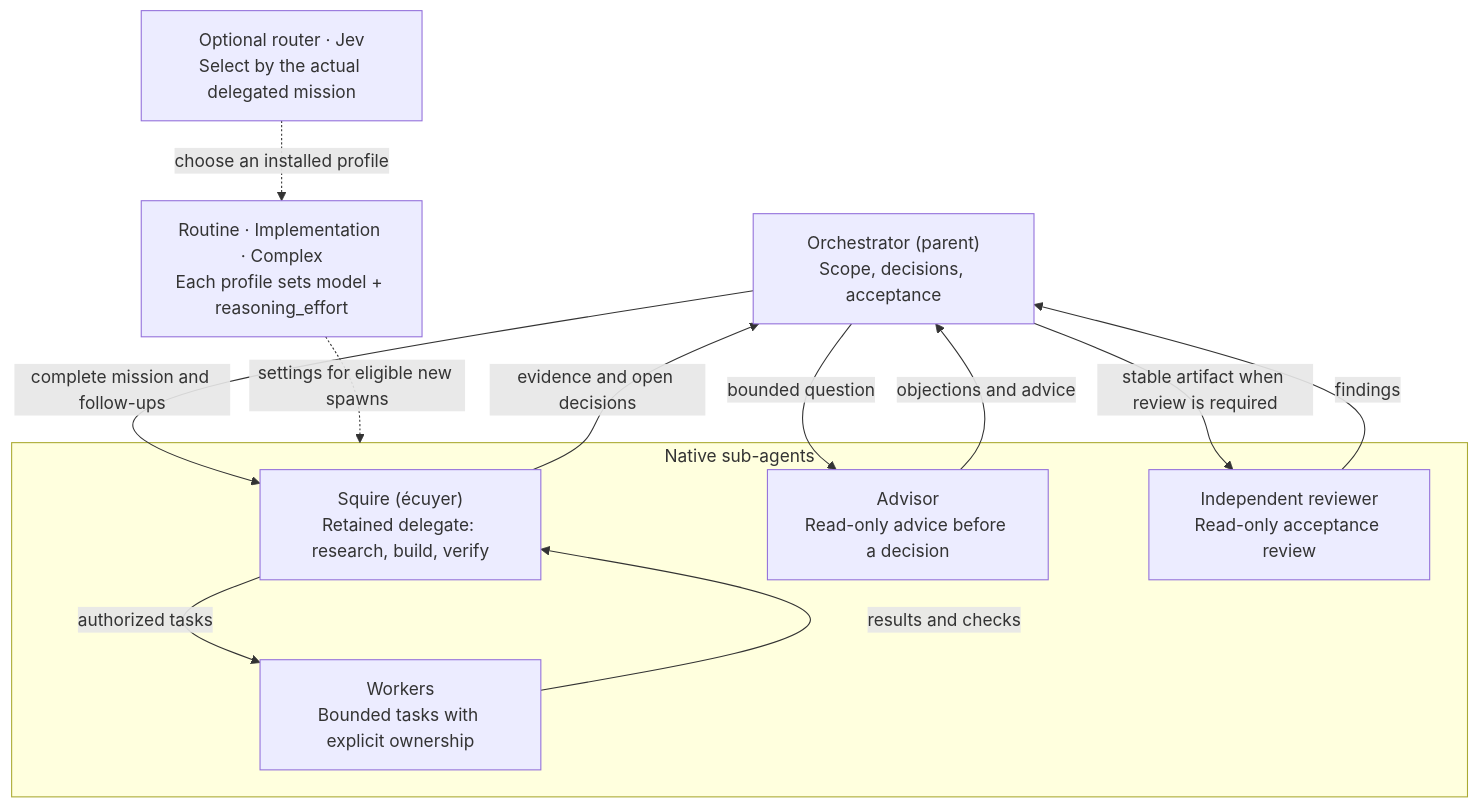
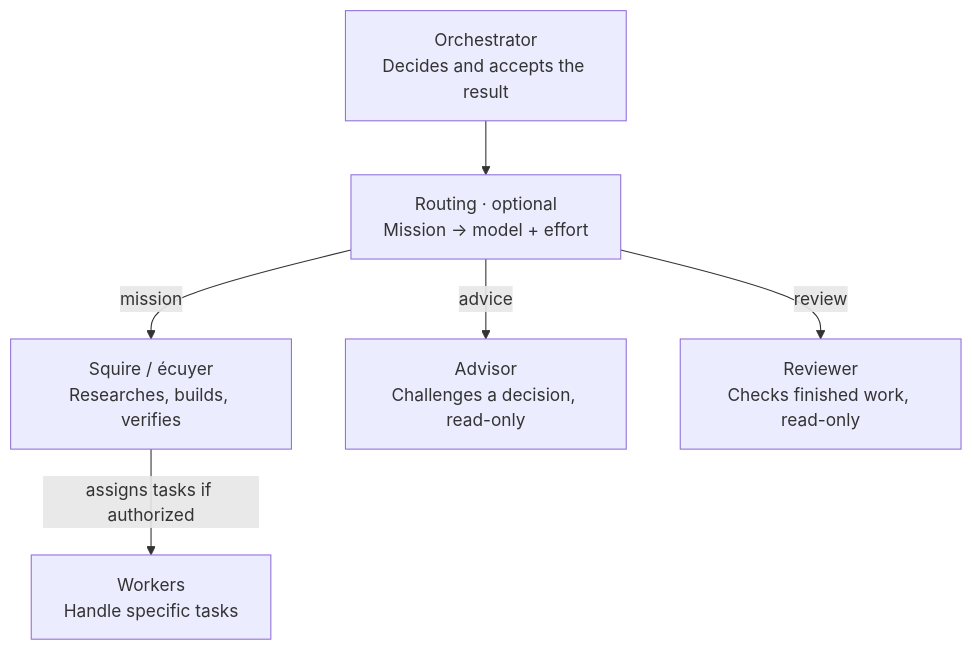
The diagram in README.md (guilhem/codex-orchestrator), drawn with Mermaid before and after one commit. The commit also changed other lines of this file, not shown here.

Commit message:
docs: simplify diagram with routing below the orchestrator

````diff
--- a/README.md
+++ b/README.md
@@ -71,25 +79,17 @@
 ```mermaid
 flowchart TB
-    Orchestrator["Orchestrator (parent)<br/>Scope, decisions, acceptance"]
+    accTitle: Orchestrator, routing, and agent roles
+    accDescr: The orchestrator assigns the work. Optional routing selects model and effort when each sub-agent is created. The squire executes missions, workers handle specific tasks, the advisor challenges decisions, and the reviewer checks finished work.
+    Orchestrator["Orchestrator<br/>Decides and accepts the result"]
+    Routing["Routing · optional<br/>Mission → model + effort"]
+    Squire["Squire / écuyer<br/>Researches, builds, verifies"]
+    Workers["Workers<br/>Handle specific tasks"]
+    Advisor["Advisor<br/>Challenges a decision, read-only"]
+    Reviewer["Reviewer<br/>Checks finished work, read-only"]
 
-    subgraph Agents["Native sub-agents"]
-        Squire["Squire (écuyer)<br/>Retained delegate: research, build, verify"]
-        Workers["Workers<br/>Bounded tasks with explicit ownership"]
-        Advisor["Advisor<br/>Read-only advice before a decision"]
-        Reviewer["Independent reviewer<br/>Read-only acceptance review"]
-        Squire -->|authorized tasks| Workers
-        Workers -->|results and checks| Squire
-    end
-
-    Orchestrator -->|complete mission and follow-ups| Squire
-    Squire -->|evidence and open decisions| Orchestrator
-    Orchestrator -->|bounded question| Advisor
-    Advisor -->|objections and advice| Orchestrator
-    Orchestrator -->|stable artifact when review is required| Reviewer
-    Reviewer -->|findings| Orchestrator
-
-    Router["Optional router · Jev<br/>Select by the actual delegated mission"]
-    Profiles["Routine · Implementation · Complex<br/>Each profile sets model + reasoning_effort"]
-    Router -.->|choose an installed profile| Profiles
-    Profiles -.->|settings for eligible new spawns| Agents
+    Orchestrator --> Routing
+    Routing -->|mission| Squire
+    Routing -->|advice| Advisor
+    Routing -->|review| Reviewer
+    Squire -->|assigns tasks if authorized| Workers
 ```
````
